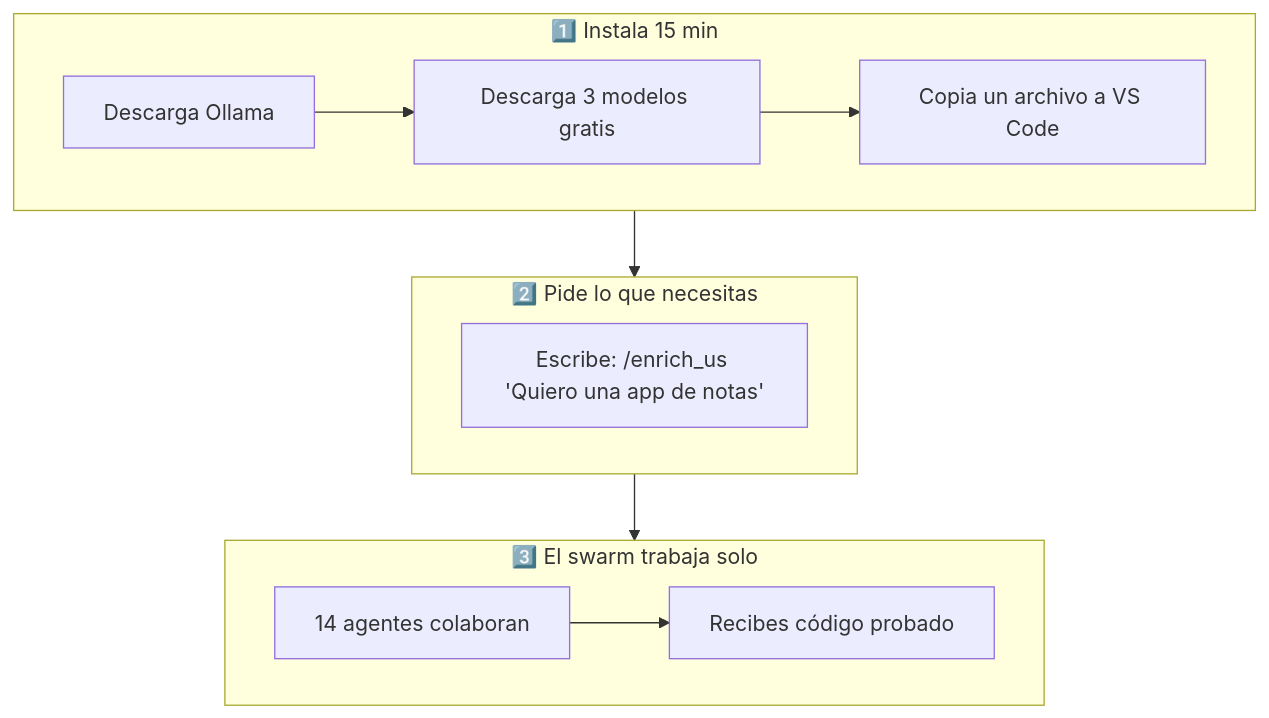
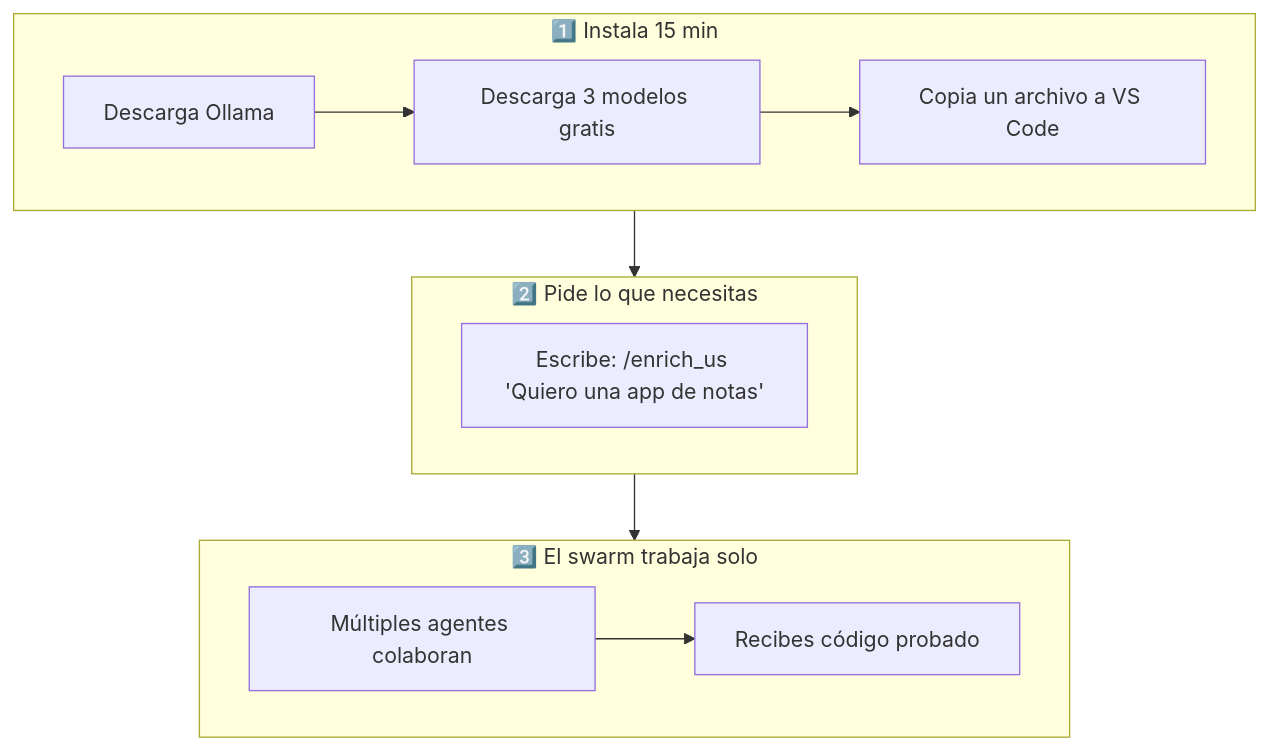
The second of 6 diagrams in README_ES.md (Aquilesnake/COALA-SwarmOps), drawn with Mermaid before and after one commit. The commit also changed other lines of this file and 6 other files, not shown here.

````diff
--- a/README_ES.md
+++ b/README_ES.md
@@ -58,16 +58,16 @@
 ```mermaid
 flowchart TB
     subgraph Paso1["1️⃣ Instala 15 min"]
         P1A[Descarga Ollama] --> P1B[Descarga 3 modelos gratis] --> P1C[Copia un archivo a VS Code]
     end
 
     subgraph Paso2["2️⃣ Pide lo que necesitas"]
         P2A["Escribe: /enrich_us 'Quiero una app de notas'"]
     end
 
     subgraph Paso3["3️⃣ El swarm trabaja solo"]
-        P3A[14 agentes colaboran] --> P3B[Recibes código probado]
+        P3A[Múltiples agentes colaboran] --> P3B[Recibes código probado]
     end
 
     Paso1 --> Paso2 --> Paso3
 ```
````
